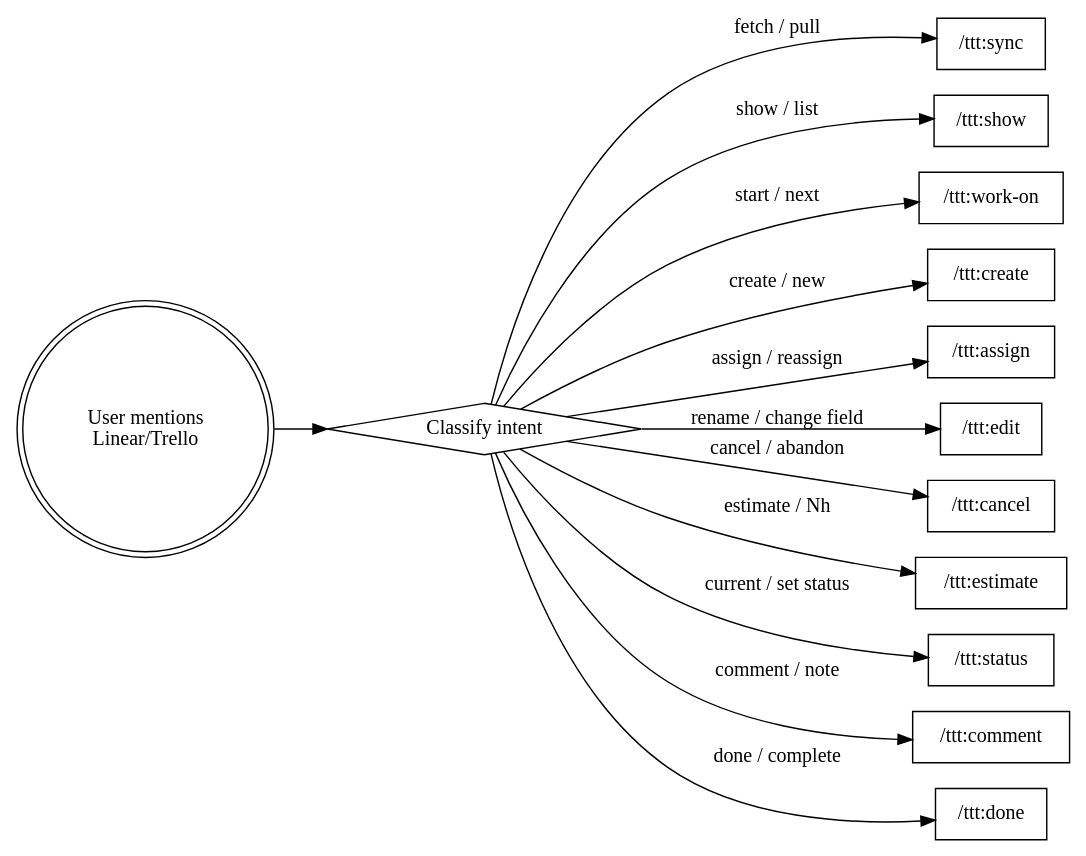
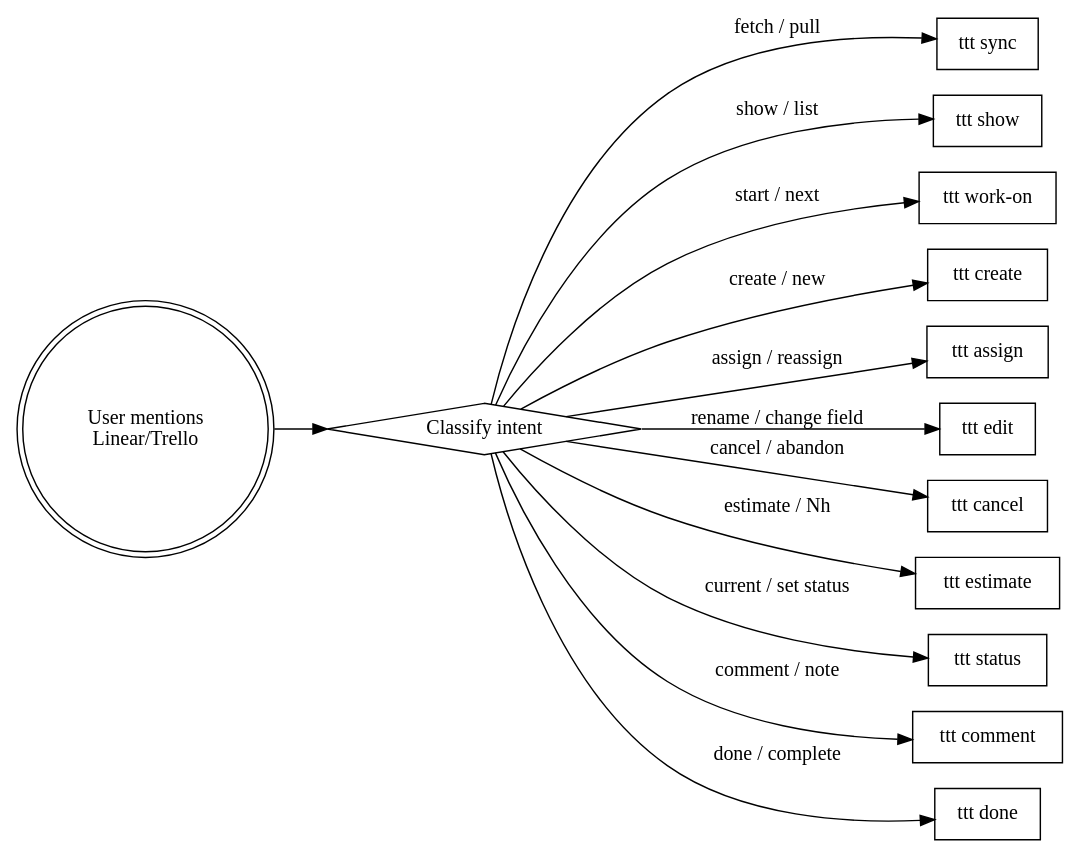
Before and after one commit to wayne930242/team-toon-tack: the diagram in skills/managing-linear-tasks/SKILL.md, drawn with Graphviz. The commit also changed other lines of this file and 6 other files, not shown here.

````diff
--- a/skills/managing-linear-tasks/SKILL.md
+++ b/skills/managing-linear-tasks/SKILL.md
@@ -105,33 +106,33 @@
 ```dot
 digraph ttt_router {
     rankdir=LR;
 
     user [label="User mentions\nLinear/Trello", shape=doublecircle];
     classify [label="Classify intent", shape=diamond];
 
-    sync     [label="/ttt:sync",    shape=box];
-    show     [label="/ttt:show",    shape=box];
-    work_on  [label="/ttt:work-on", shape=box];
-    create   [label="/ttt:create",  shape=box];
-    assign   [label="/ttt:assign",  shape=box];
-    edit     [label="/ttt:edit",    shape=box];
-    cancel   [label="/ttt:cancel",  shape=box];
-    estimate [label="/ttt:estimate", shape=box];
-    status   [label="/ttt:status",  shape=box];
-    comment  [label="/ttt:comment", shape=box];
-    done     [label="/ttt:done",    shape=box];
+    sync     [label="ttt sync",    shape=box];
+    show     [label="ttt show",    shape=box];
+    work_on  [label="ttt work-on", shape=box];
+    create   [label="ttt create",  shape=box];
+    assign   [label="ttt assign",  shape=box];
+    edit     [label="ttt edit",    shape=box];
+    cancel   [label="ttt cancel",  shape=box];
+    estimate [label="ttt estimate", shape=box];
+    status   [label="ttt status",  shape=box];
+    comment  [label="ttt comment", shape=box];
+    done     [label="ttt done",    shape=box];
 
     user -> classify;
     classify -> sync     [label="fetch / pull"];
     classify -> show     [label="show / list"];
     classify -> work_on  [label="start / next"];
     classify -> create   [label="create / new"];
     classify -> assign   [label="assign / reassign"];
     classify -> edit     [label="rename / change field"];
     classify -> cancel   [label="cancel / abandon"];
     classify -> estimate [label="estimate / Nh"];
     classify -> status   [label="current / set status"];
     classify -> comment  [label="comment / note"];
     classify -> done     [label="done / complete"];
 }
 ```
````
